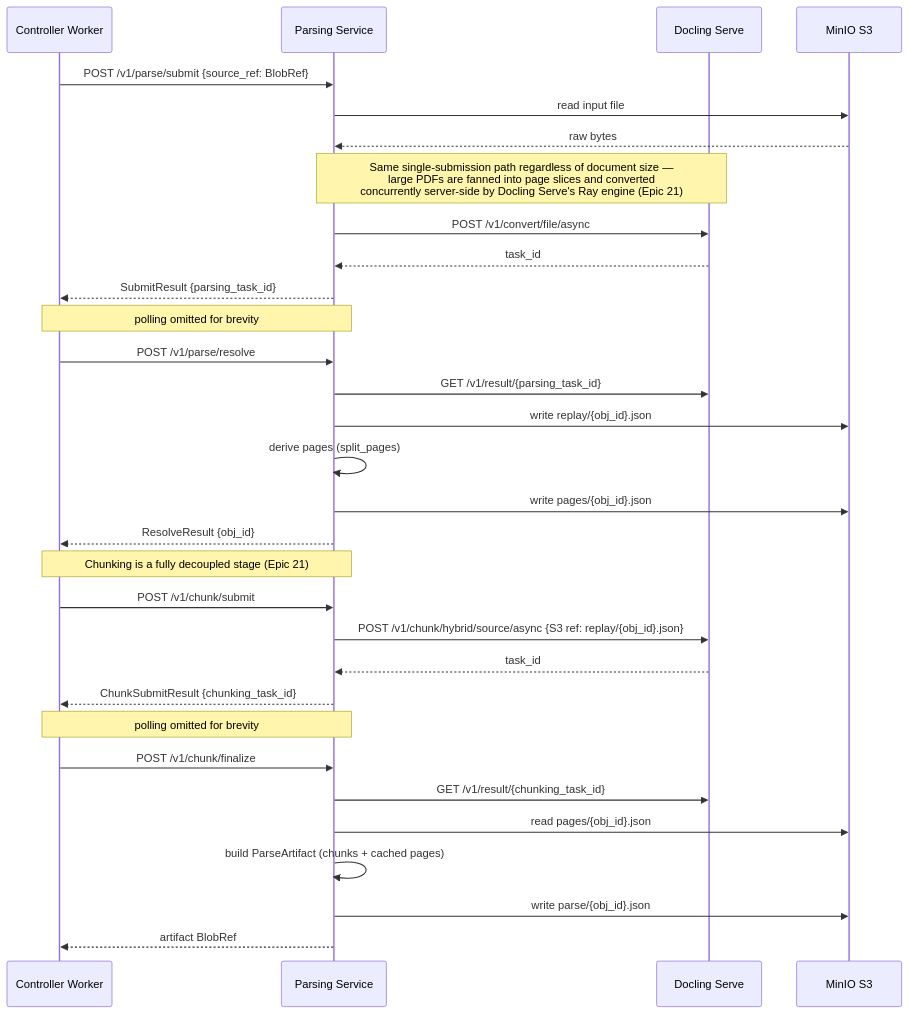
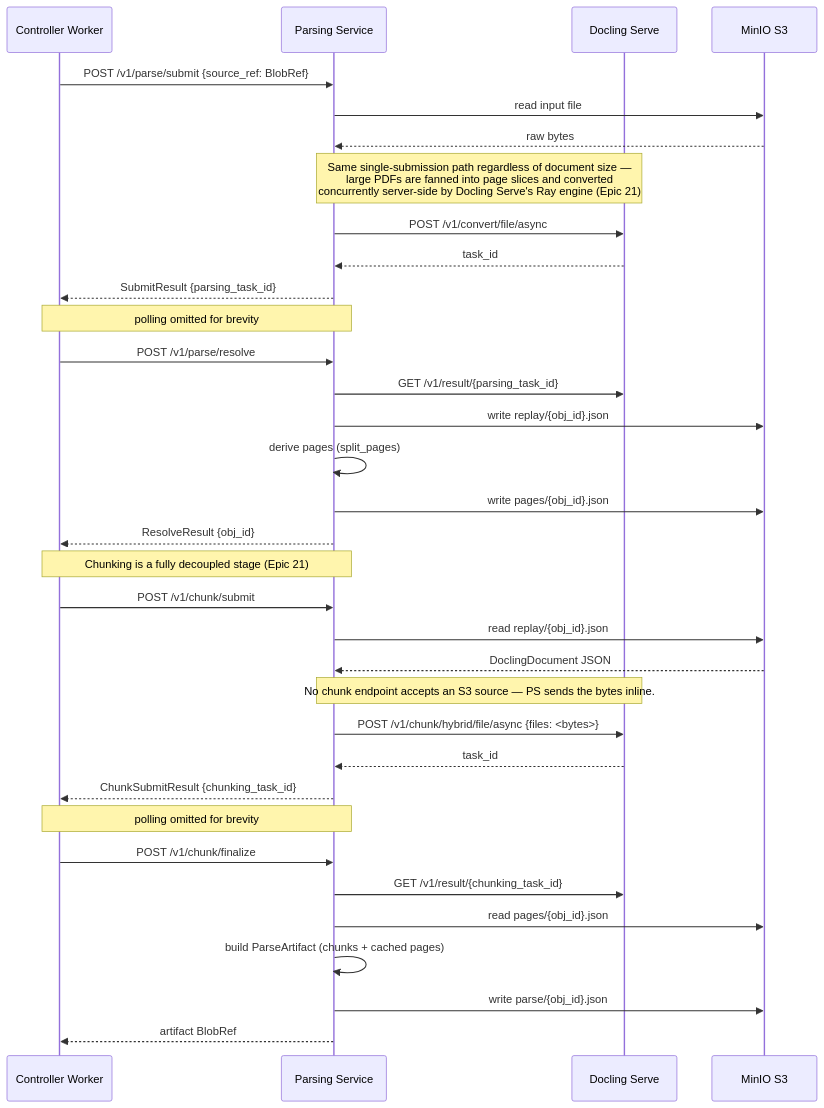
Before and after one commit to k-sparrow/artemis: the third of 4 diagrams in docs/architecture/ingestion-subsystem.md, drawn with Mermaid. The commit also changed 7 other files, not shown here.

````diff
--- a/docs/architecture/ingestion-subsystem.md
+++ b/docs/architecture/ingestion-subsystem.md
@@ -158,40 +158,43 @@
 ```mermaid
 sequenceDiagram
     participant CW as Controller Worker
     participant PS as Parsing Service
     participant Docling as Docling Serve
     participant S3 as MinIO S3
 
     CW->>PS: POST /v1/parse/submit {source_ref: BlobRef}
     PS->>S3: read input file
     S3-->>PS: raw bytes
     note over PS,Docling: Same single-submission path regardless of document size —<br/>large PDFs are fanned into page slices and converted<br/>concurrently server-side by Docling Serve's Ray engine (Epic 21)
     PS->>Docling: POST /v1/convert/file/async
     Docling-->>PS: task_id
     PS-->>CW: SubmitResult {parsing_task_id}
 
     note over CW,PS: polling omitted for brevity
 
     CW->>PS: POST /v1/parse/resolve
     PS->>Docling: GET /v1/result/{parsing_task_id}
     PS->>S3: write replay/{obj_id}.json
     PS->>PS: derive pages (split_pages)
     PS->>S3: write pages/{obj_id}.json
     PS-->>CW: ResolveResult {obj_id}
 
     note over CW,PS: Chunking is a fully decoupled stage (Epic 21)
 
     CW->>PS: POST /v1/chunk/submit
-    PS->>Docling: POST /v1/chunk/hybrid/source/async {S3 ref: replay/{obj_id}.json}
+    PS->>S3: read replay/{obj_id}.json
+    S3-->>PS: DoclingDocument JSON
+    note over PS,Docling: No chunk endpoint accepts an S3 source — PS sends the bytes inline.
+    PS->>Docling: POST /v1/chunk/hybrid/file/async {files: <bytes>}
     Docling-->>PS: task_id
     PS-->>CW: ChunkSubmitResult {chunking_task_id}
 
     note over CW,PS: polling omitted for brevity
 
     CW->>PS: POST /v1/chunk/finalize
     PS->>Docling: GET /v1/result/{chunking_task_id}
     PS->>S3: read pages/{obj_id}.json
     PS->>PS: build ParseArtifact (chunks + cached pages)
     PS->>S3: write parse/{obj_id}.json
     PS-->>CW: artifact BlobRef
 ```
````
